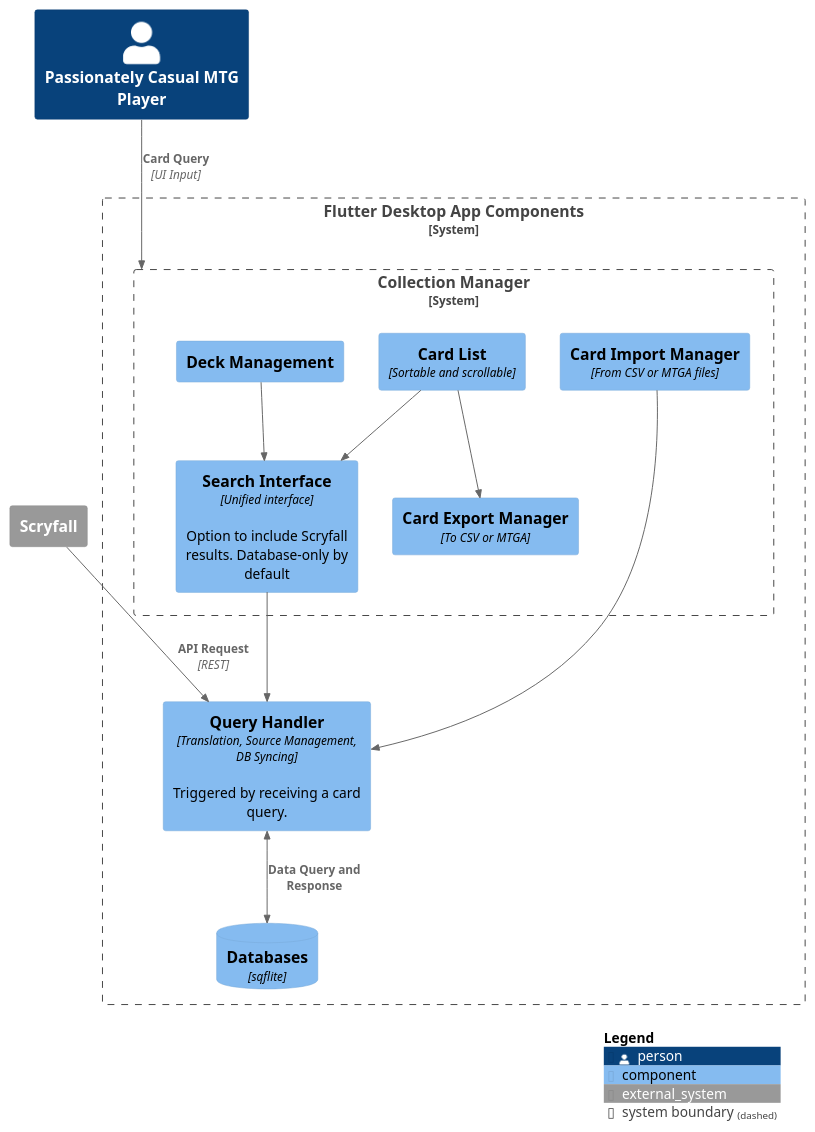
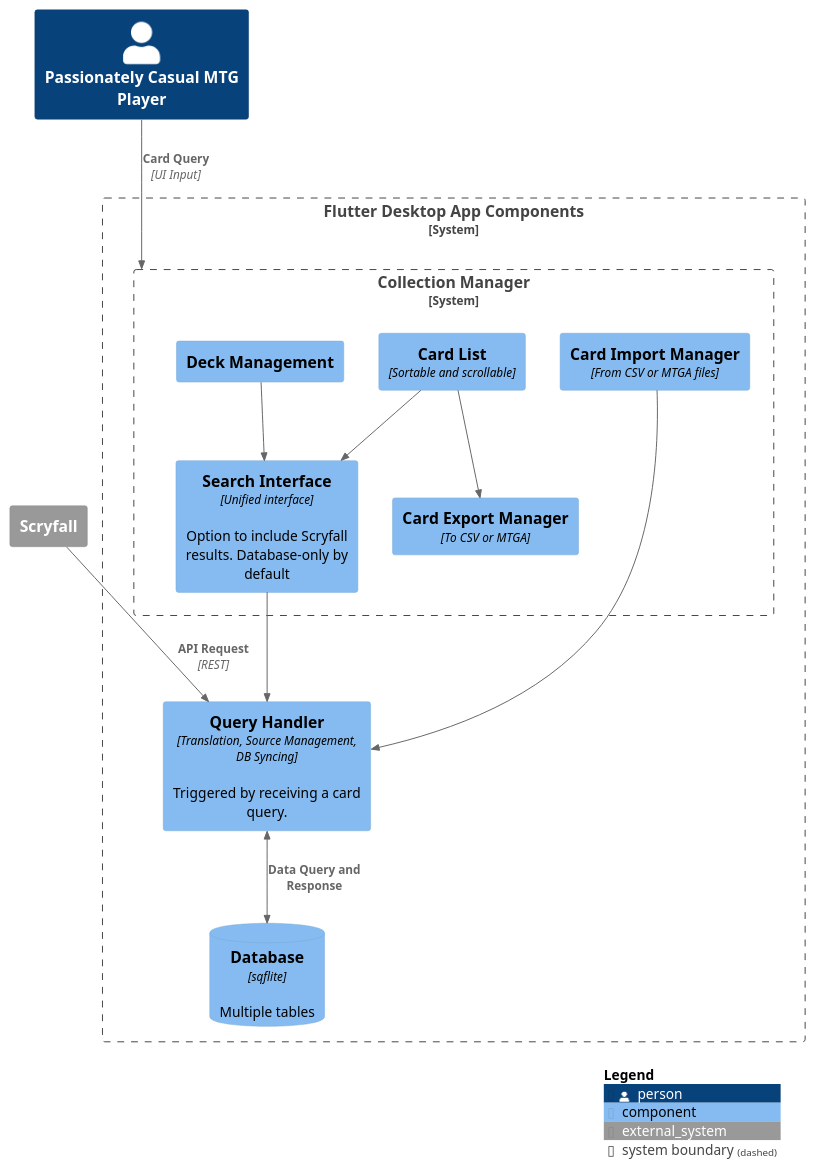
One commit to jtcsProjHub/mtgUtils changed the diagram in flutterApp/mtg_collection_manager/diagrams/Application_Components.md. Above: the diagram before and after it, drawn with PlantUML. The commit also changed other lines of this file and 2 other files, not shown here.

````diff
--- a/flutterApp/mtg_collection_manager/diagrams/Application_Components.md
+++ b/flutterApp/mtg_collection_manager/diagrams/Application_Components.md
@@ -4,41 +4,41 @@
 ```plantuml
 @startuml
 
 !include https://raw.githubusercontent.com/plantuml-stdlib/C4-PlantUML/master/C4_Component.puml
 
 Person(user, "Passionately Casual MTG Player")
 
 System_Boundary(context, "Flutter Desktop App Components") {   
     System_Boundary(collectionManager, "Collection Manager", "Desktop Application") {
         Component(sortableList, "Card List", "Sortable and scrollable")
         Component(search, "Search Interface", "Unified interface", "Option to include Scryfall results. Database-only by default")
         Component(decks, "Deck Management")
         Component(import, "Card Import Manager", "From CSV or MTGA files")
         Component(export, "Card Export Manager", "To CSV or MTGA")
     }
     
     Component(handler, "Query Handler", "Translation, Source Management, DB Syncing", "Triggered by receiving a card query.") {
     } 
             
-    ComponentDb(db, "Databases", "sqflite")
+    ComponentDb(db, "Database", "sqflite", "Multiple tables")
 }
 
 System_Ext(scryfall, "Scryfall"){
 }
 
 AddRelTag("eventing", $lineStyle = DashedLine())
 
 BiRel(handler, db, "Data Query and Response")
 
 Rel(user, collectionManager, "Card Query", "UI Input")
 Rel(scryfall, handler, "API Request", "REST")
 Rel(decks, search, "")
 Rel(sortableList, search, "")
 Rel(search, handler, "")
 Rel(sortableList, export, "")
 Rel(import, handler, "")
 
 SHOW_LEGEND()
 
 @enduml
 ```
````
